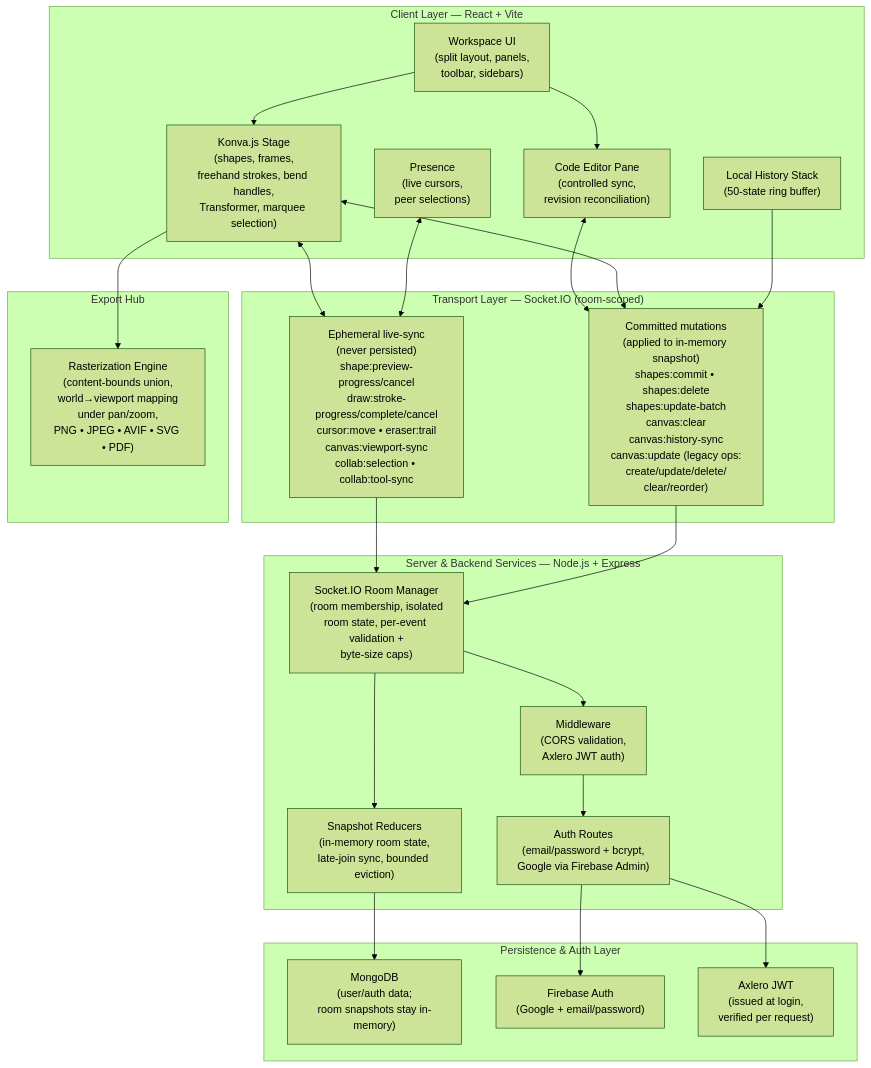
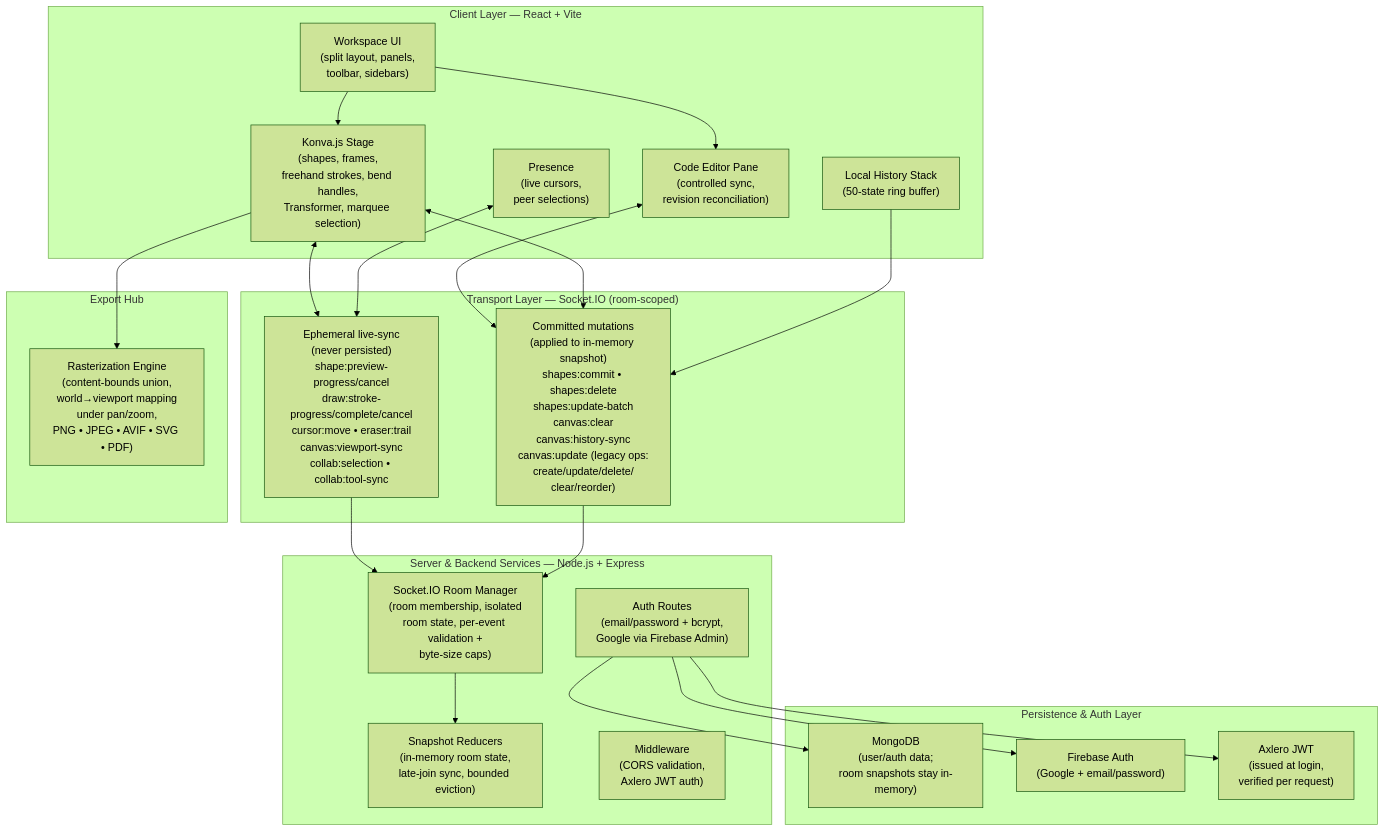
One commit to jayeshjadhav5672-spec/Axlero_ps1 changed the diagram in README.md. Above: the diagram before and after it, drawn with Mermaid (forest theme). The commit also changed other lines of this file, not shown here.

Commit message:
docs(readme): correct architecture and production setup

````diff
--- a/README.md
+++ b/README.md
@@ -41,49 +41,47 @@
 ```mermaid
 flowchart TD
     subgraph Client["Client Layer — React + Vite"]
         UI["Workspace UI\n(split layout, panels,\ntoolbar, sidebars)"]
         KONVA["Konva.js Stage\n(shapes, frames,\nfreehand strokes, bend handles,\nTransformer, marquee selection)"]
         EDITOR["Code Editor Pane\n(controlled sync,\nrevision reconciliation)"]
         PRES["Presence\n(live cursors,\npeer selections)"]
         HIST["Local History Stack\n(50-state ring buffer)"]
     end
 
     subgraph Transport["Transport Layer — Socket.IO (room-scoped)"]
         EPH["Ephemeral live-sync\n(never persisted)\nshape:preview-progress/cancel\ndraw:stroke-progress/complete/cancel\ncursor:move • eraser:trail\ncanvas:viewport-sync\ncollab:selection • collab:tool-sync"]
         COM["Committed mutations\n(applied to in-memory snapshot)\nshapes:commit • shapes:delete\nshapes:update-batch\ncanvas:clear\ncanvas:history-sync\ncanvas:update (legacy ops:\ncreate/update/delete/\nclear/reorder)"]
     end
 
     subgraph Server["Server & Backend Services — Node.js + Express"]
         RT["Socket.IO Room Manager\n(room membership, isolated\nroom state, per-event validation +\nbyte-size caps)"]
         SNAP["Snapshot Reducers\n(in-memory room state,\nlate-join sync, bounded eviction)"]
         MW["Middleware\n(CORS validation,\nAxlero JWT auth)"]
         AUTH_R["Auth Routes\n(email/password + bcrypt,\nGoogle via Firebase Admin)"]
     end
 
     subgraph Persist["Persistence & Auth Layer"]
         MONGO["MongoDB\n(user/auth data;\nroom snapshots stay in-memory)"]
         FB["Firebase Auth\n(Google + email/password)"]
         JWT["Axlero JWT\n(issued at login,\nverified per request)"]
     end
 
     subgraph Export["Export Hub"]
         EXP["Rasterization Engine\n(content-bounds union,\nworld→viewport mapping\nunder pan/zoom,\nPNG • JPEG • AVIF • SVG • PDF)"]
     end
 
     UI --> KONVA
     UI --> EDITOR
     KONVA <--> EPH
     EDITOR <--> COM
     KONVA <--> COM
     PRES <--> EPH
     HIST --> COM
     EPH --> RT
     COM --> RT
     RT --> SNAP
-    RT --> MW
-    MW --> AUTH_R
+    AUTH_R --> MONGO
     AUTH_R --> FB
     AUTH_R --> JWT
-    SNAP --> MONGO
     KONVA --> EXP
 ```
````
